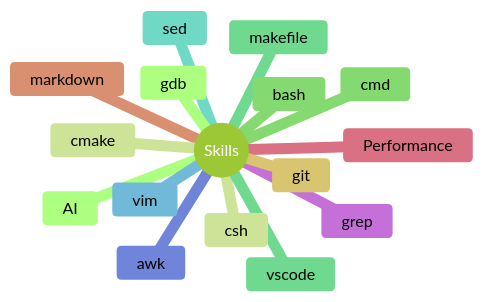
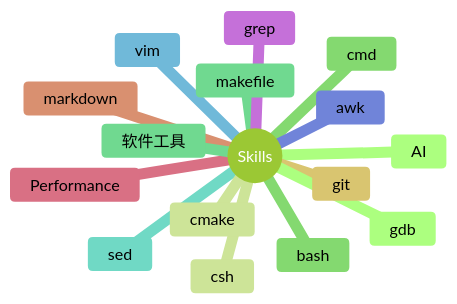
The diagram in notes/skill/skill_entry.md (superupon/knowledge_zh), drawn with Mermaid (forest theme) before and after one commit. The commit also changed other lines of this file and 4 other files, not shown here.

````diff
--- a/notes/skill/skill_entry.md
+++ b/notes/skill/skill_entry.md
@@ -19,19 +19,19 @@
 ```mermaid
 mindmap
 root((Skills))
   AI
   csh
   cmd
   makefile
   sed
   vim
   awk
   grep
   Performance
   markdown
   git
   gdb
   cmake
   bash
-  vscode
+  软件工具
 ```
````
